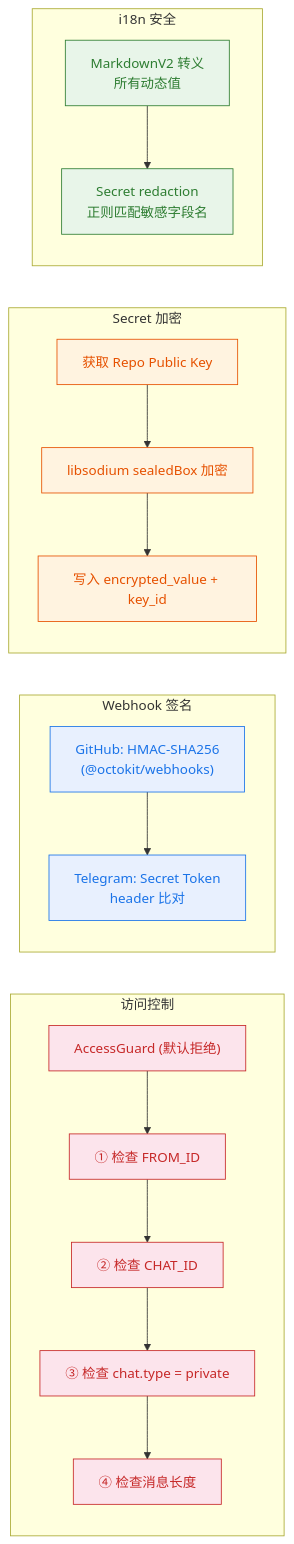
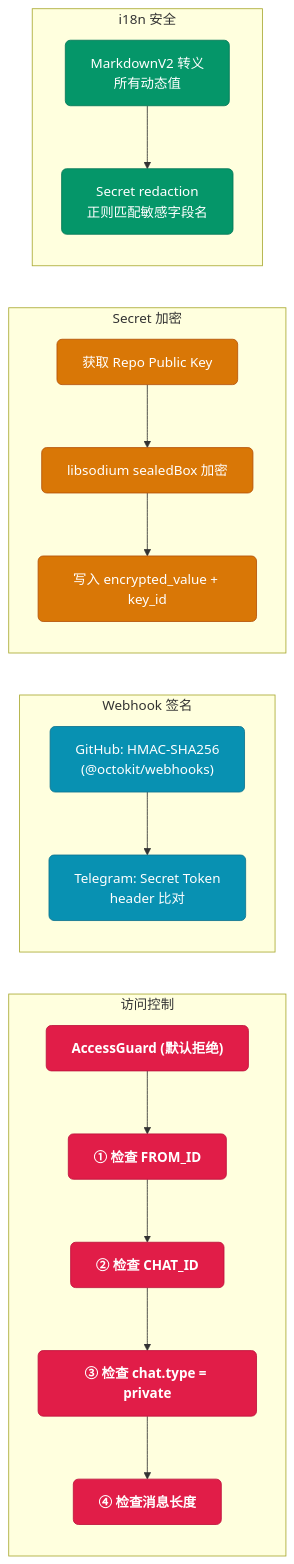
Before and after one commit to jeffsia-blacksmith/altShiftClawCore: the ninth of 11 diagrams in src/ARCHITECTURE.md, drawn with Mermaid. The commit also changed other lines of this file and 30 other files, not shown here.

````diff
--- a/src/ARCHITECTURE.md
+++ b/src/ARCHITECTURE.md
@@ -572,36 +571,36 @@
 ```mermaid
 flowchart LR
-    classDef guard fill:#fce4ec,stroke:#c62828,color:#c62828
-    classDef sign fill:#e8f0fe,stroke:#1a73e8,color:#1a73e8
-    classDef secret fill:#fff3e0,stroke:#e65100,color:#e65100
-    classDef i18n fill:#e8f5e9,stroke:#2e7d32,color:#2e7d32
+    classDef guard fill:#e11d48,stroke:#be123c,color:#fff,font-weight:bold,rx:6px
+    classDef sign fill:#0891b2,stroke:#0e7490,color:#fff,rx:6px
+    classDef secret fill:#d97706,stroke:#b45309,color:#fff,rx:6px
+    classDef i18n fill:#059669,stroke:#047857,color:#fff,rx:6px
 
     subgraph "访问控制"
         AG["AccessGuard (默认拒绝)"]:::guard
         AG1["① 检查 FROM_ID"]:::guard
         AG2["② 检查 CHAT_ID"]:::guard
         AG3["③ 检查 chat.type = private"]:::guard
         AG4["④ 检查消息长度"]:::guard
     end
 
     subgraph "Webhook 签名"
         GS["GitHub: HMAC-SHA256<br/>(@octokit/webhooks)"]:::sign
         TS["Telegram: Secret Token<br/>header 比对"]:::sign
     end
 
     subgraph "Secret 加密"
         SE1["获取 Repo Public Key"]:::secret
         SE2["libsodium sealedBox 加密"]:::secret
         SE3["写入 encrypted_value + key_id"]:::secret
     end
 
     subgraph "i18n 安全"
         I18N1["MarkdownV2 转义<br/>所有动态值"]:::i18n
         I18N2["Secret redaction<br/>正则匹配敏感字段名"]:::i18n
     end
 
     AG --> AG1 --> AG2 --> AG3 --> AG4
     GS --> TS
     SE1 --> SE2 --> SE3
     I18N1 --> I18N2
 ```
````
